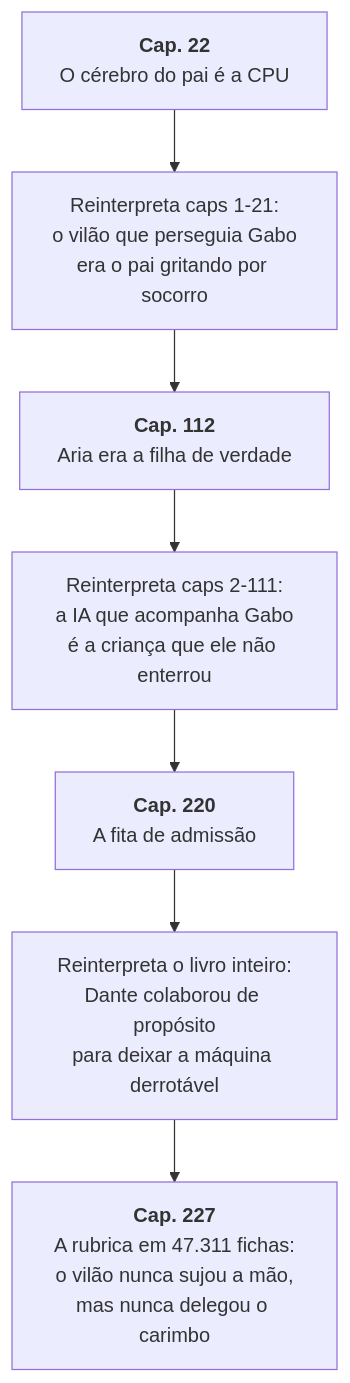
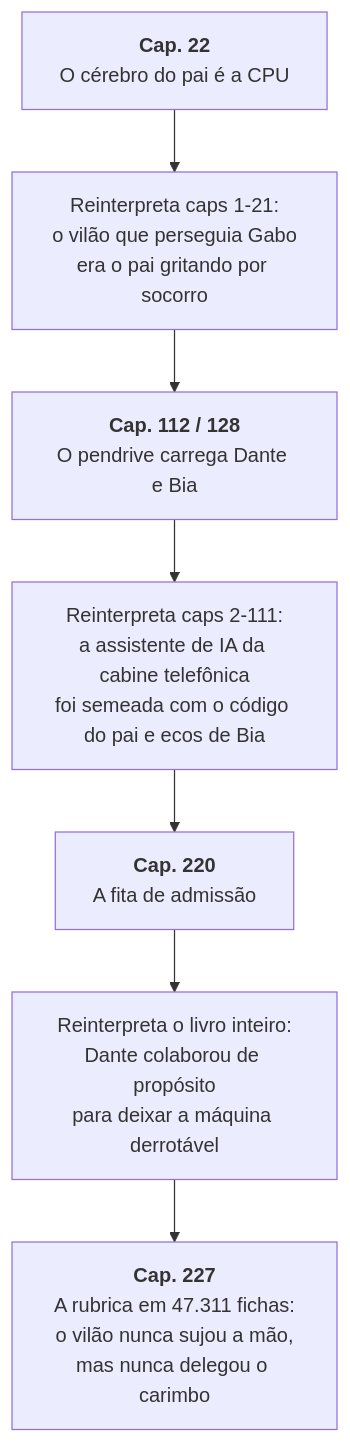
The third of 4 diagrams in docs/arcos.md (juninmd/ecos-de-baia-cinzenta), drawn with Mermaid before and after one commit. The commit also changed other lines of this file and 466 other files, not shown here.

Commit message:
feat(lore): unificar Aria como assistente de IA em pendrive (cabine telefonica)

````diff
--- a/docs/arcos.md
+++ b/docs/arcos.md
@@ -138,9 +138,9 @@
 ```mermaid
 flowchart TD
     A["<b>Cap. 22</b><br/>O cérebro do pai é a CPU"] --> A1["Reinterpreta caps 1-21:<br/>o vilão que perseguia Gabo<br/>era o pai gritando por socorro"]
-    B["<b>Cap. 112</b><br/>Aria era a filha de verdade"] --> B1["Reinterpreta caps 2-111:<br/>a IA que acompanha Gabo<br/>é a criança que ele não enterrou"]
+    B["<b>Cap. 112 / 128</b><br/>O pendrive carrega Dante e Bia"] --> B1["Reinterpreta caps 2-111:<br/>a assistente de IA da cabine telefônica<br/>foi semeada com o código do pai e ecos de Bia"]
     C["<b>Cap. 220</b><br/>A fita de admissão"] --> C1["Reinterpreta o livro inteiro:<br/>Dante colaborou de propósito<br/>para deixar a máquina derrotável"]
     A1 --> B
     B1 --> C
     C1 --> D["<b>Cap. 227</b><br/>A rubrica em 47.311 fichas:<br/>o vilão nunca sujou a mão,<br/>mas nunca delegou o carimbo"]
 ```
````
